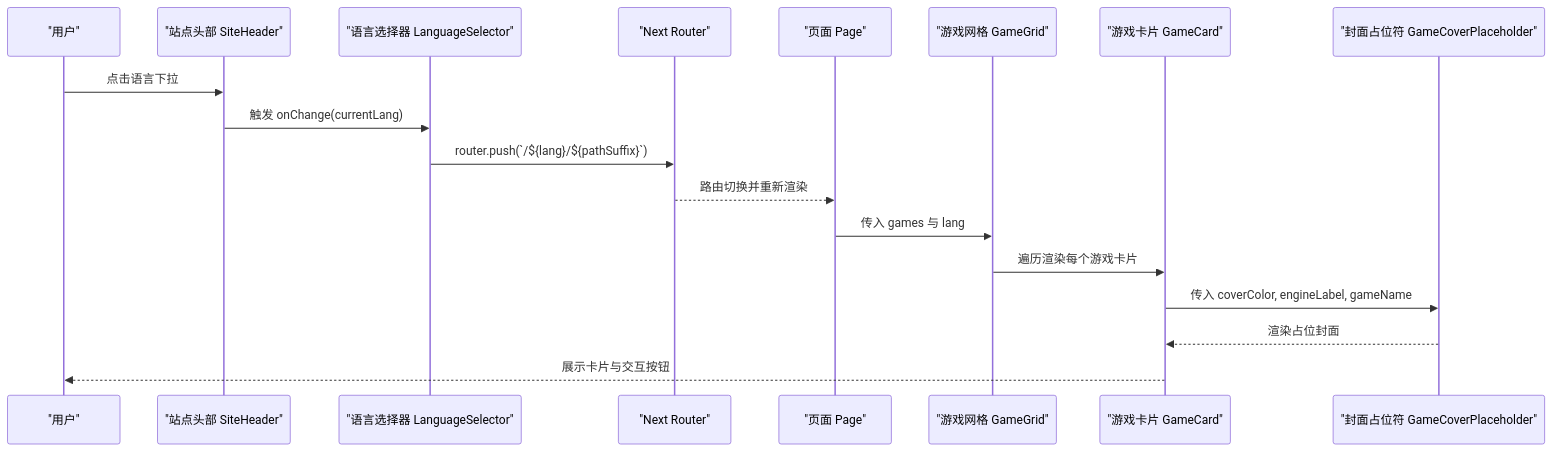
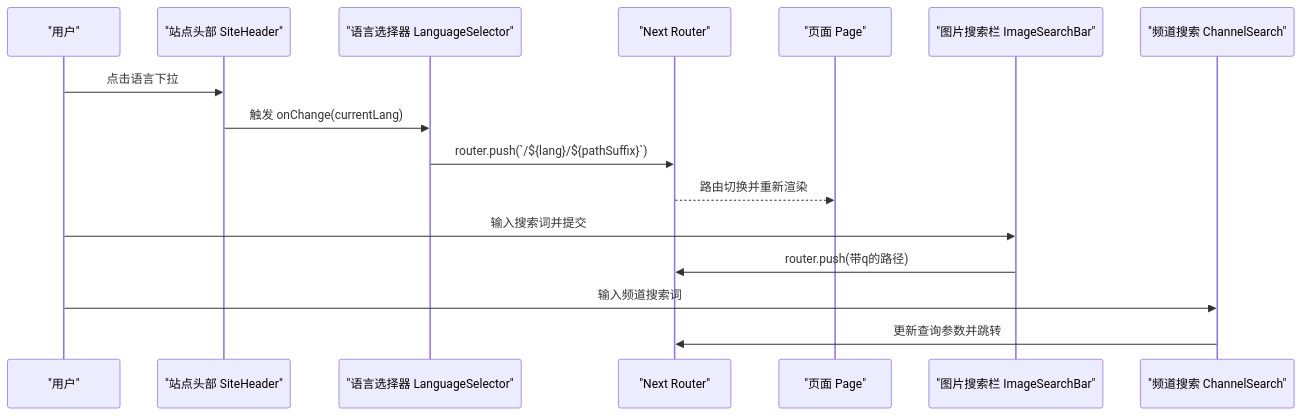
Before and after one commit to pnnh/weable: the second of 4 diagrams in .qoder/repowiki/zh/content/前端组件/通用UI组件.md, drawn with Mermaid. The commit also changed other lines of this file and 187 other files, not shown here.

````diff
--- a/.qoder/repowiki/zh/content/前端组件/通用UI组件.md
+++ b/.qoder/repowiki/zh/content/前端组件/通用UI组件.md
@@ -133,20 +115,18 @@
 ```mermaid
 sequenceDiagram
 participant U as "用户"
 participant S as "站点头部 SiteHeader"
 participant L as "语言选择器 LanguageSelector"
 participant R as "Next Router"
 participant P as "页面 Page"
-participant G as "游戏网格 GameGrid"
-participant C as "游戏卡片 GameCard"
-participant V as "封面占位符 GameCoverPlaceholder"
+participant ISB as "图片搜索栏 ImageSearchBar"
+participant CS as "频道搜索 ChannelSearch"
 U->>S : 点击语言下拉
 S->>L : 触发 onChange(currentLang)
 L->>R : router.push(`/${lang}/${pathSuffix}`)
 R-->>P : 路由切换并重新渲染
-P->>G : 传入 games 与 lang
-G->>C : 遍历渲染每个游戏卡片
-C->>V : 传入 coverColor, engineLabel, gameName
-V-->>C : 渲染占位封面
-C-->>U : 展示卡片与交互按钮
+U->>ISB : 输入搜索词并提交
+ISB->>R : router.push(带q的路径)
+U->>CS : 输入频道搜索词
+CS->>R : 更新查询参数并跳转
 ```
````
